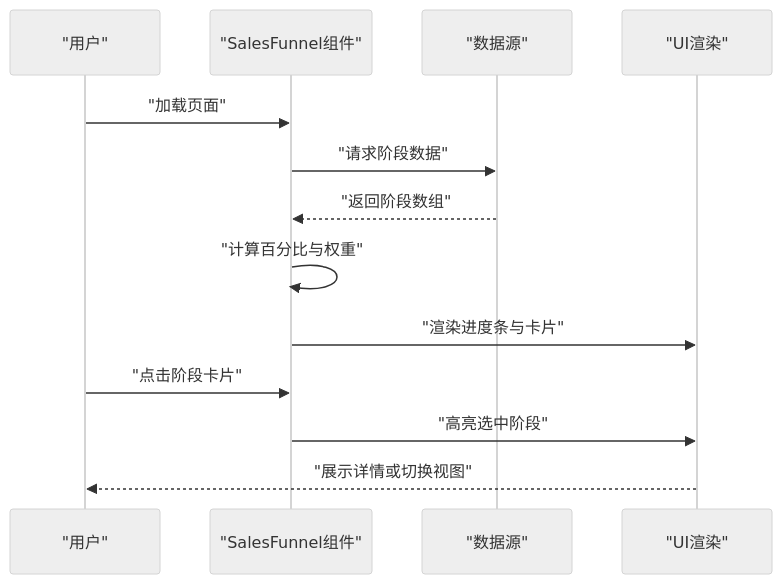
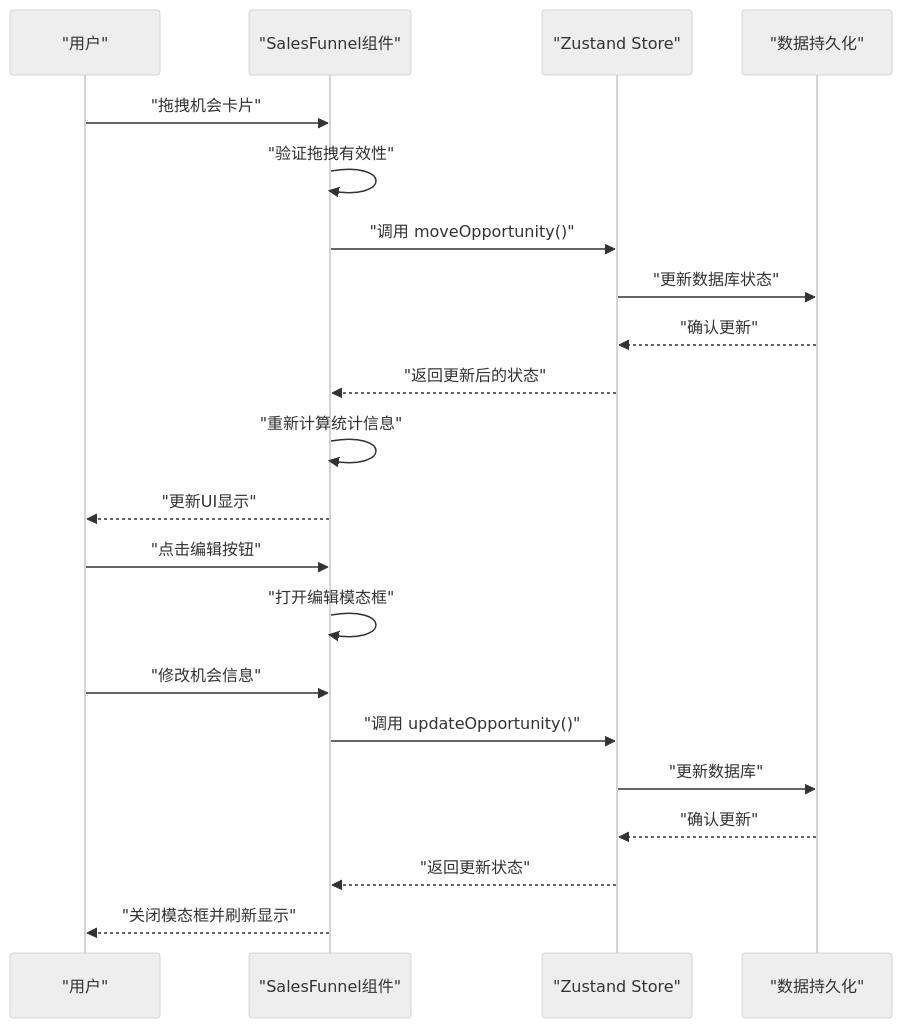
Before and after one commit to xianjianshenqu/SalesFlow-CRM: the fourth of 6 diagrams in .qoder/repowiki/zh/content/UI_UX设计/组件库规范/数据展示组件规范.md, drawn with Mermaid (neutral theme). The commit also changed other lines of this file and 25 other files, not shown here.

````diff
--- a/.qoder/repowiki/zh/content/UI_UX设计/组件库规范/数据展示组件规范.md
+++ b/.qoder/repowiki/zh/content/UI_UX设计/组件库规范/数据展示组件规范.md
@@ -198,15 +233,23 @@
 ```mermaid
 sequenceDiagram
 participant User as "用户"
 participant Funnel as "SalesFunnel组件"
-participant Data as "数据源"
-participant UI as "UI渲染"
-User->>Funnel : "加载页面"
-Funnel->>Data : "请求阶段数据"
-Data-->>Funnel : "返回阶段数组"
-Funnel->>Funnel : "计算百分比与权重"
-Funnel->>UI : "渲染进度条与卡片"
-User->>Funnel : "点击阶段卡片"
-Funnel->>UI : "高亮选中阶段"
-UI-->>User : "展示详情或切换视图"
+participant Store as "Zustand Store"
+participant DB as "数据持久化"
+User->>Funnel : "拖拽机会卡片"
+Funnel->>Funnel : "验证拖拽有效性"
+Funnel->>Store : "调用 moveOpportunity()"
+Store->>DB : "更新数据库状态"
+DB-->>Store : "确认更新"
+Store-->>Funnel : "返回更新后的状态"
+Funnel->>Funnel : "重新计算统计信息"
+Funnel-->>User : "更新UI显示"
+User->>Funnel : "点击编辑按钮"
+Funnel->>Funnel : "打开编辑模态框"
+User->>Funnel : "修改机会信息"
+Funnel->>Store : "调用 updateOpportunity()"
+Store->>DB : "更新数据库"
+DB-->>Store : "确认更新"
+Store-->>Funnel : "返回更新状态"
+Funnel-->>User : "关闭模态框并刷新显示"
 ```
````
